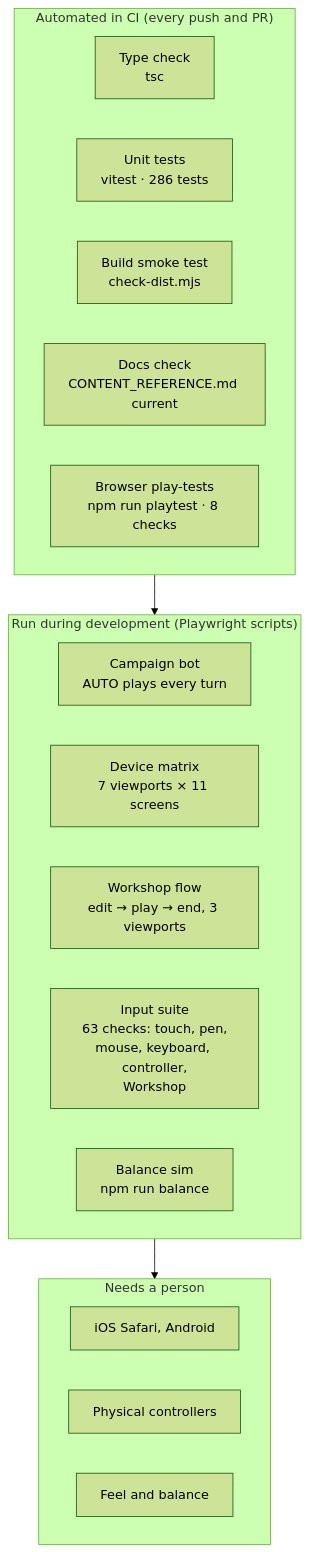
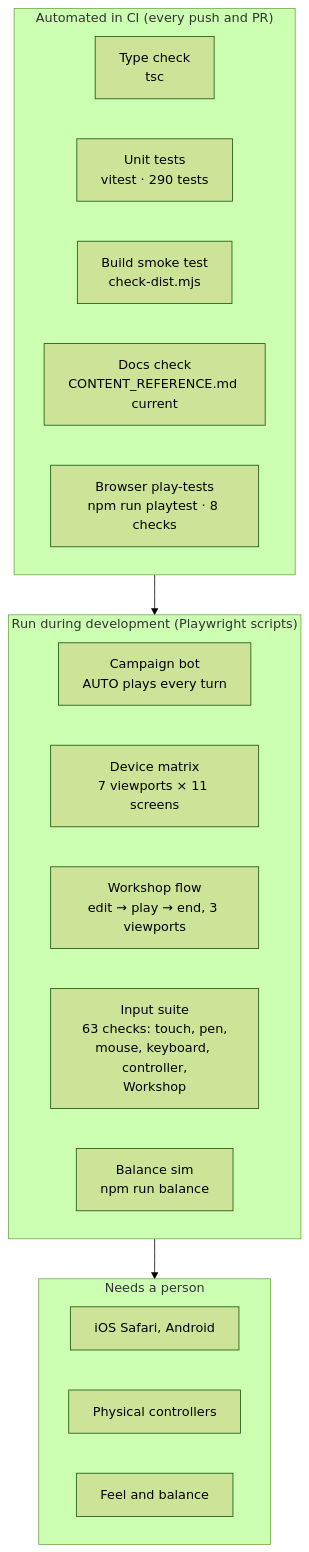
One commit to CptNope/Chess-RPG-Tactics changed the diagram in docs/TESTING.md. Above: the diagram before and after it, drawn with Mermaid (forest theme). The commit also changed other lines of this file and 34 other files, not shown here.

````diff
--- a/docs/TESTING.md
+++ b/docs/TESTING.md
@@ -9,23 +9,23 @@
 ```mermaid
 flowchart TB
     subgraph Auto["Automated in CI (every push and PR)"]
         T1["Type check<br/>tsc"]
-        T2["Unit tests<br/>vitest · 286 tests"]
+        T2["Unit tests<br/>vitest · 290 tests"]
         T3["Build smoke test<br/>check-dist.mjs"]
         T4["Docs check<br/>CONTENT_REFERENCE.md current"]
         T5["Browser play-tests<br/>npm run playtest · 8 checks"]
     end
     subgraph Dev["Run during development (Playwright scripts)"]
         P1["Campaign bot<br/>AUTO plays every turn"]
         P2["Device matrix<br/>7 viewports × 11 screens"]
         P4["Workshop flow<br/>edit → play → end, 3 viewports"]
         P3["Input suite<br/>63 checks: touch, pen,<br/>mouse, keyboard, controller,<br/>Workshop"]
         P5["Balance sim<br/>npm run balance"]
     end
     subgraph Human["Needs a person"]
         H1["iOS Safari, Android"]
         H2["Physical controllers"]
         H3["Feel and balance"]
     end
     Auto --> Dev --> Human
 ```
````
